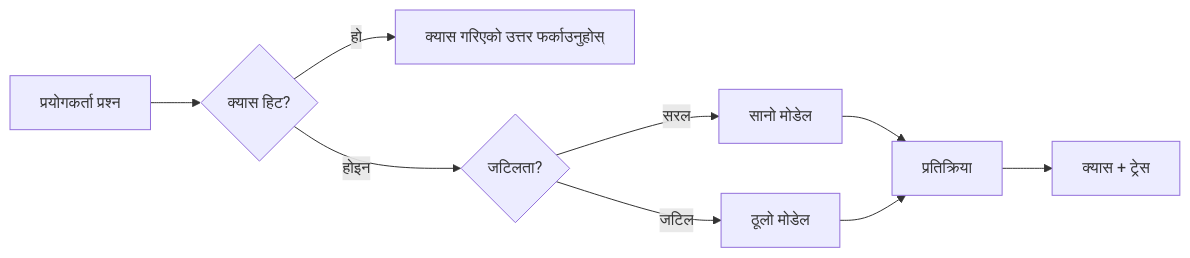
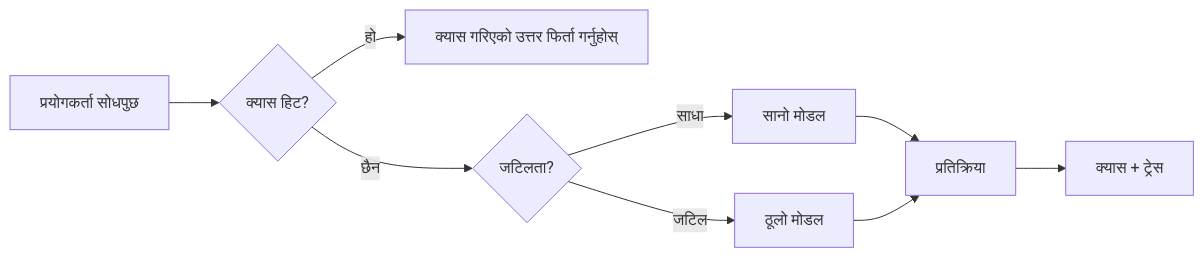
The third of 4 diagrams in mirrors/repos/microsoft@ai-agents-for-beginners/translations/ne/16-deploying-scalable-agents/README.md (gabrielmoreira/agent-skills-mirror), drawn with Mermaid before and after one commit. The commit also changed other lines of this file and 4262 other files, not shown here.

````diff
--- a/mirrors/repos/microsoft@ai-agents-for-beginners/translations/ne/16-deploying-scalable-agents/README.md
+++ b/mirrors/repos/microsoft@ai-agents-for-beginners/translations/ne/16-deploying-scalable-agents/README.md
@@ -134,11 +134,11 @@
 ```mermaid
 flowchart LR
-    Q[प्रयोगकर्ता प्रश्न] --> C{क्यास हिट?}
-    C -->|हो| R[क्यास गरिएको उत्तर फर्काउनुहोस्]
-    C -->|होइन| Router{जटिलता?}
-    Router -->|सरल| SLM[सानो मोडेल]
-    Router -->|जटिल| LLM[ठूलो मोडेल]
+    Q[प्रयोगकर्ता सोधपुछ] --> C{क्यास हिट?}
+    C -->|हो| R[क्यास गरिएको उत्तर फिर्ता गर्नुहोस्]
+    C -->|छैन| Router{जटिलता?}
+    Router -->|साधा| SLM[सानो मोडल]
+    Router -->|जटिल| LLM[ठूलो मोडल]
     SLM --> Out[प्रतिक्रिया]
     LLM --> Out
     Out --> Store[क्यास + ट्रेस]
 ```
````
